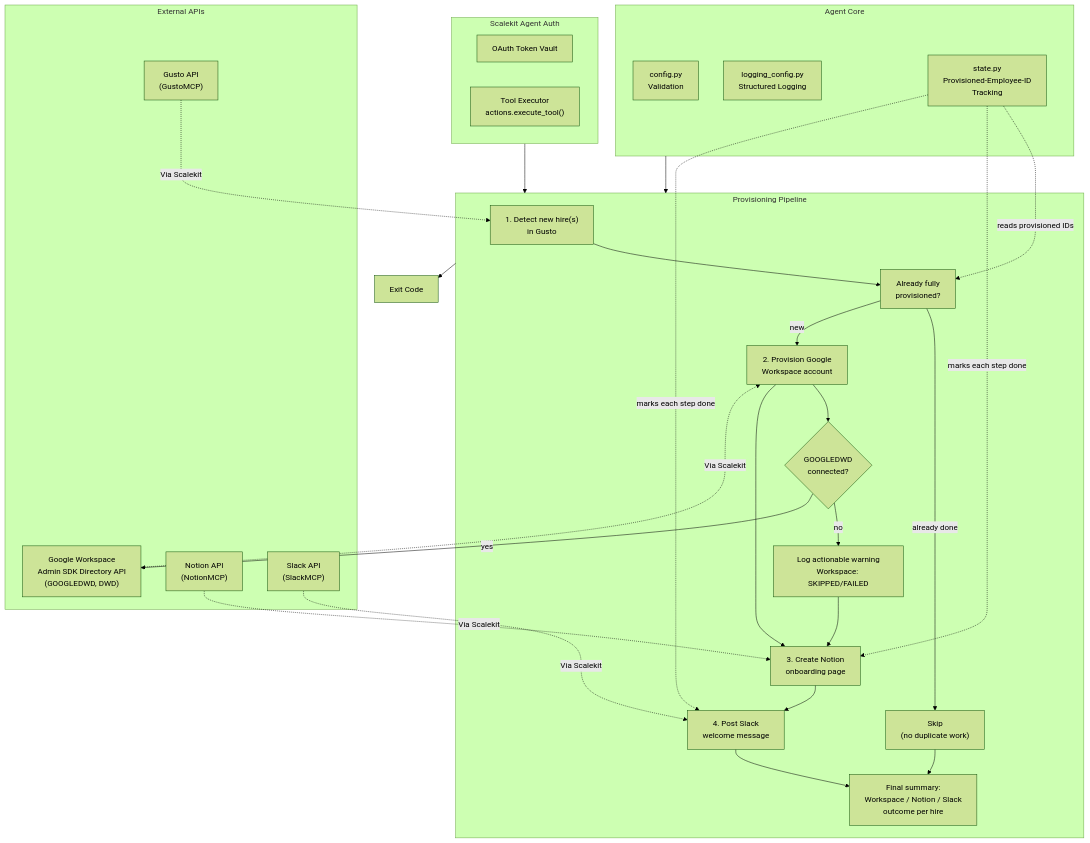
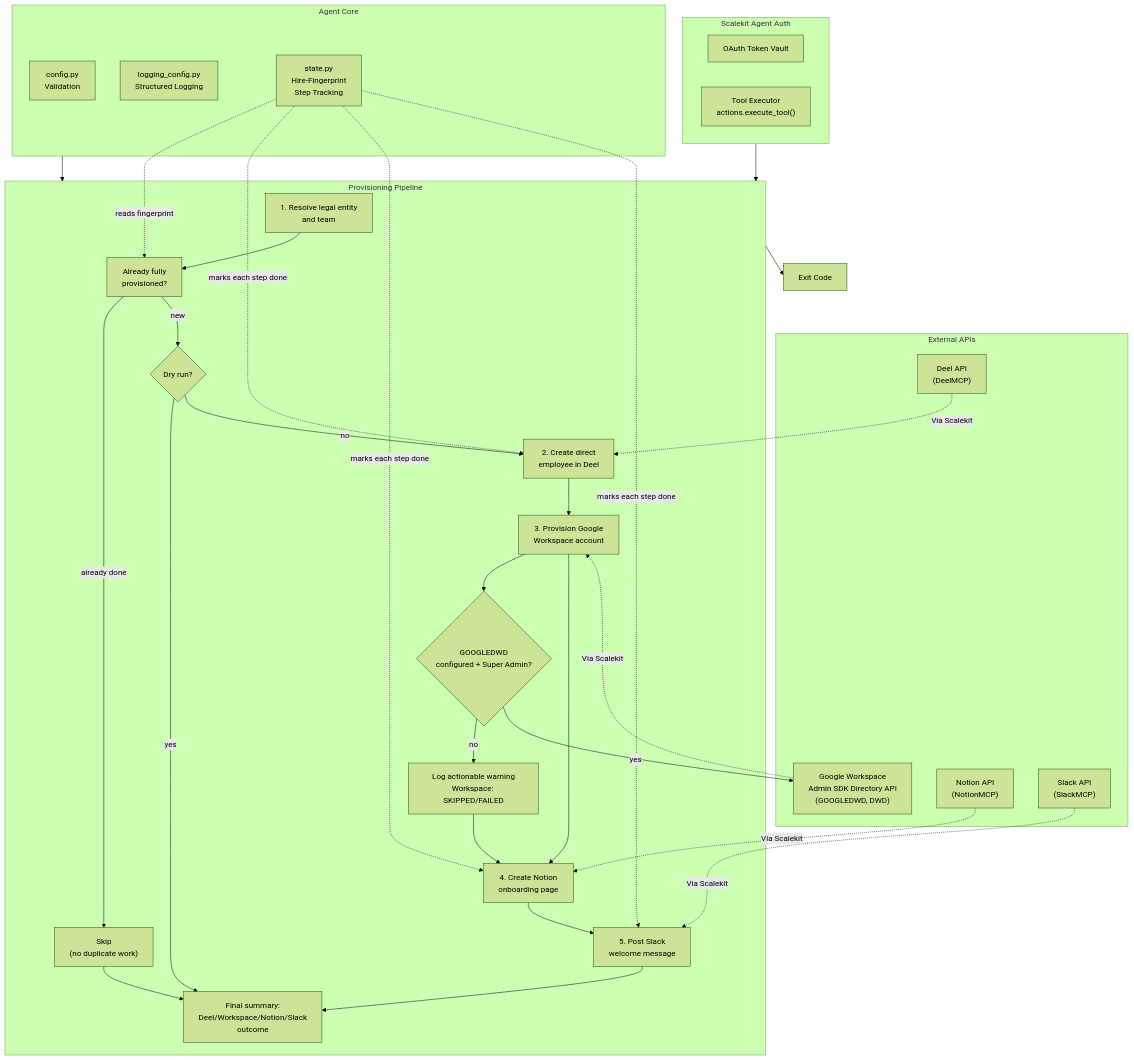
One commit to scalekit-developers/workflow-agents-demos changed the diagram in new-hire-provisioning-agent/README.md. Above: the diagram before and after it, drawn with Mermaid (forest theme). The commit also changed other lines of this file and 7 other files, not shown here.

````diff
--- a/new-hire-provisioning-agent/README.md
+++ b/new-hire-provisioning-agent/README.md
@@ -26,55 +31,61 @@
 ```mermaid
 graph TB
     subgraph External["External APIs"]
-        GU["Gusto API<br/>(GustoMCP)"]
+        DE["Deel API<br/>(DeelMCP)"]
         GW["Google Workspace<br/>Admin SDK Directory API<br/>(GOOGLEDWD, DWD)"]
         NO["Notion API<br/>(NotionMCP)"]
         SL["Slack API<br/>(SlackMCP)"]
     end
 
     subgraph Scalekit["Scalekit Agent Auth"]
         OAUTH["OAuth Token Vault"]
         TOOLS["Tool Executor<br/>actions.execute_tool()"]
     end
 
     subgraph Core["Agent Core"]
         CONFIG["config.py<br/>Validation"]
         LOGGING["logging_config.py<br/>Structured Logging"]
-        STATE["state.py<br/>Provisioned-Employee-ID<br/>Tracking"]
+        STATE["state.py<br/>Hire-Fingerprint<br/>Step Tracking"]
     end
 
     subgraph Pipeline["Provisioning Pipeline"]
-        D["1. Detect new hire(s)<br/>in Gusto"]
+        R["1. Resolve legal entity<br/>and team"]
         FILTER["Already fully<br/>provisioned?"]
         SKIP["Skip<br/>(no duplicate work)"]
-        W["2. Provision Google<br/>Workspace account"]
-        WCHECK{"GOOGLEDWD<br/>connected?"}
+        DRY{"Dry run?"}
+        DC["2. Create direct<br/>employee in Deel"]
+        W["3. Provision Google<br/>Workspace account"]
+        WCHECK{"GOOGLEDWD<br/>configured + Super Admin?"}
         WSKIP["Log actionable warning<br/>Workspace: SKIPPED/FAILED"]
-        N["3. Create Notion<br/>onboarding page"]
-        S["4. Post Slack<br/>welcome message"]
-        SUMMARY["Final summary:<br/>Workspace / Notion / Slack<br/>outcome per hire"]
+        N["4. Create Notion<br/>onboarding page"]
+        S["5. Post Slack<br/>welcome message"]
+        SUMMARY["Final summary:<br/>Deel/Workspace/Notion/Slack<br/>outcome"]
     end
 
-    GU -.->|Via Scalekit| D
-    D --> FILTER
-    STATE -.->|reads provisioned IDs| FILTER
+    R --> FILTER
+    STATE -.->|reads fingerprint| FILTER
     FILTER -->|already done| SKIP
-    FILTER -->|new| W
+    FILTER -->|new| DRY
+    DRY -->|yes| SUMMARY
+    DRY -->|no| DC
+    DE -.->|Via Scalekit| DC
+    DC --> W
     W --> WCHECK
     WCHECK -->|no| WSKIP
     WCHECK -->|yes| GW
     GW -.->|Via Scalekit| W
     WSKIP --> N
     W --> N
     NO -.->|Via Scalekit| N
     N --> S
     SL -.->|Via Scalekit| S
     S --> SUMMARY
     SKIP --> SUMMARY
+    STATE -.->|marks each step done| DC
     STATE -.->|marks each step done| N
     STATE -.->|marks each step done| S
 
     Scalekit --> Pipeline
     Core --> Pipeline
     Pipeline --> Output["Exit Code"]
 ```
````
